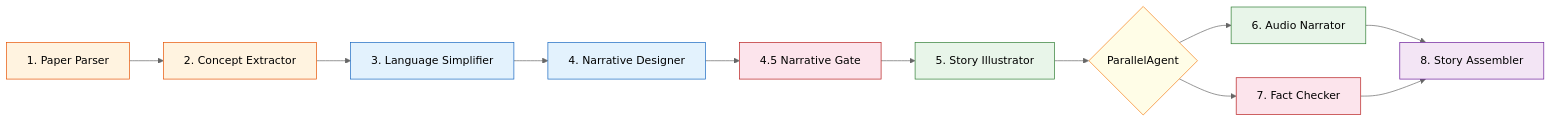
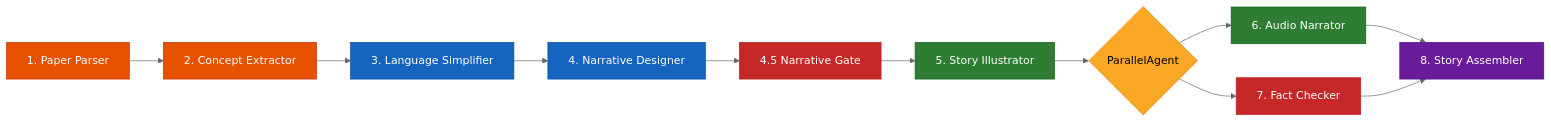
One commit to aria-vibe/paper-tales changed the third of 4 diagrams in README.md. Above: the diagram before and after it, drawn with Mermaid (neutral theme). The commit also changed other lines of this file, not shown here.

Commit message:
docs: make Mermaid diagram colors dark-mode friendly
Replace light pastel fills with medium-saturation solid colors and
explicit text color so diagrams are legible in both light and dark themes.

````diff
--- a/README.md
+++ b/README.md
@@ -109,24 +109,24 @@
 ```mermaid
 graph LR
     A1[1. Paper Parser] --> A2[2. Concept Extractor]
     A2 --> A3[3. Language Simplifier]
     A3 --> A4[4. Narrative Designer]
     A4 --> A4G[4.5 Narrative Gate]
     A4G --> A5[5. Story Illustrator]
     A5 --> PAR{ParallelAgent}
     PAR --> A6[6. Audio Narrator]
     PAR --> A7[7. Fact Checker]
     A6 --> A8[8. Story Assembler]
     A7 --> A8
 
-    style A1 fill:#fff3e0,stroke:#e65100
-    style A2 fill:#fff3e0,stroke:#e65100
-    style A3 fill:#e3f2fd,stroke:#1565c0
-    style A4 fill:#e3f2fd,stroke:#1565c0
-    style A4G fill:#fce4ec,stroke:#b71c1c
-    style A5 fill:#e8f5e9,stroke:#2e7d32
-    style PAR fill:#fffde7,stroke:#f57f17
-    style A6 fill:#e8f5e9,stroke:#2e7d32
-    style A7 fill:#fce4ec,stroke:#b71c1c
-    style A8 fill:#f3e5f5,stroke:#6a1b9a
+    style A1 fill:#e65100,stroke:#bf360c,color:#fff
+    style A2 fill:#e65100,stroke:#bf360c,color:#fff
+    style A3 fill:#1565c0,stroke:#0d47a1,color:#fff
+    style A4 fill:#1565c0,stroke:#0d47a1,color:#fff
+    style A4G fill:#c62828,stroke:#b71c1c,color:#fff
+    style A5 fill:#2e7d32,stroke:#1b5e20,color:#fff
+    style PAR fill:#f9a825,stroke:#f57f17,color:#000
+    style A6 fill:#2e7d32,stroke:#1b5e20,color:#fff
+    style A7 fill:#c62828,stroke:#b71c1c,color:#fff
+    style A8 fill:#6a1b9a,stroke:#4a148c,color:#fff
 ```
````
